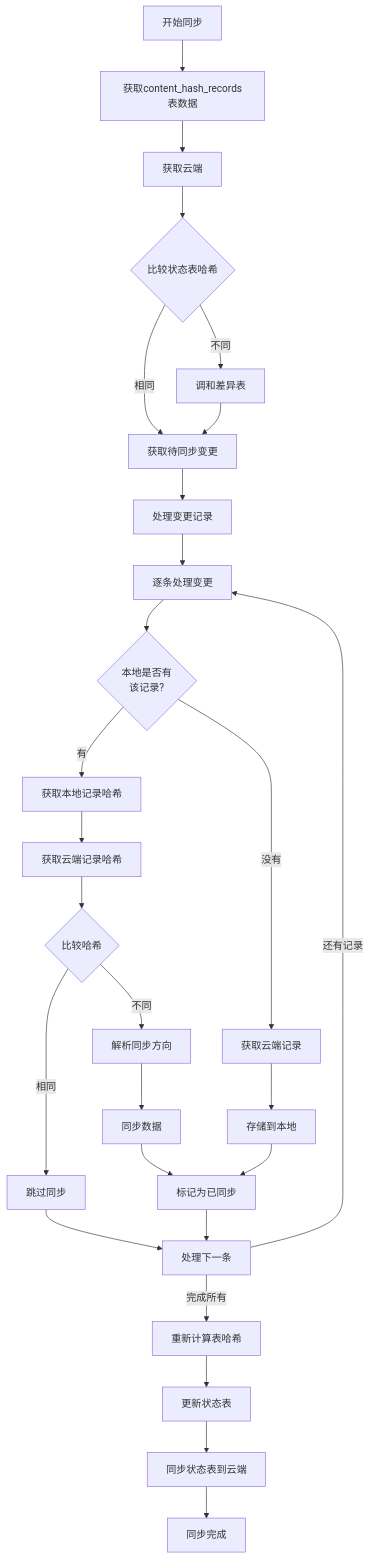
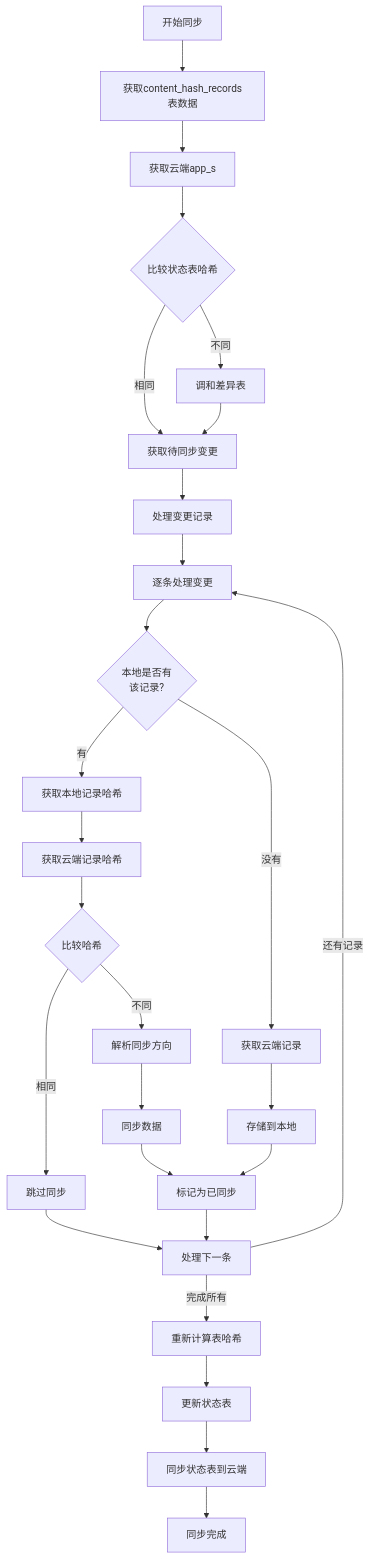
Before and after one commit to yingjianzh/iodraw-files: the diagram in all/未命名-42.md, drawn with Mermaid.

Commit message:
2025-04-24 15:30:34 update

````diff
--- a/all/未命名-42.md
+++ b/all/未命名-42.md
@@ -1,39 +1,39 @@
 ```mermaid
 flowchart TD
     Start[开始同步] --> FetchLocalState[获取content_hash_records表数据]
-    FetchLocalState --> FetchCloudState[获取云端]
+    FetchLocalState --> FetchCloudState[获取云端app_s]
     
     FetchCloudState --> CompareStates{比较状态表哈希}
     CompareStates -- 相同 --> FetchChanges[获取待同步变更]
     CompareStates -- 不同 --> ReconcileTables[调和差异表]
     
     ReconcileTables --> FetchChanges
     FetchChanges --> ProcessChanges[处理变更记录]
     
     ProcessChanges --> RecordByRecord[逐条处理变更]
     RecordByRecord --> CheckLocalRecord{本地是否有\n该记录?}
     
     CheckLocalRecord -- 有 --> GetLocalHash[获取本地记录哈希]
     CheckLocalRecord -- 没有 --> FetchCloudRecord[获取云端记录]
     
     GetLocalHash --> FetchCloudHash[获取云端记录哈希]
     FetchCloudHash --> CompareHash{比较哈希}
     
     CompareHash -- 相同 --> SkipSync[跳过同步]
     CompareHash -- 不同 --> ResolveSync[解析同步方向]
     
     FetchCloudRecord --> StoreLocalRecord[存储到本地]
     ResolveSync --> SyncData[同步数据]
     
     StoreLocalRecord --> MarkSynced[标记为已同步]
     SyncData --> MarkSynced
     SkipSync --> NextRecord[处理下一条]
     
     MarkSynced --> NextRecord
     NextRecord -- 还有记录 --> RecordByRecord
     NextRecord -- 完成所有 --> RecalcTableHashes[重新计算表哈希]
     
     RecalcTableHashes --> UpdateStateTable[更新状态表]
     UpdateStateTable --> SyncStateTable[同步状态表到云端]
     SyncStateTable --> End[同步完成]
 ```
````
